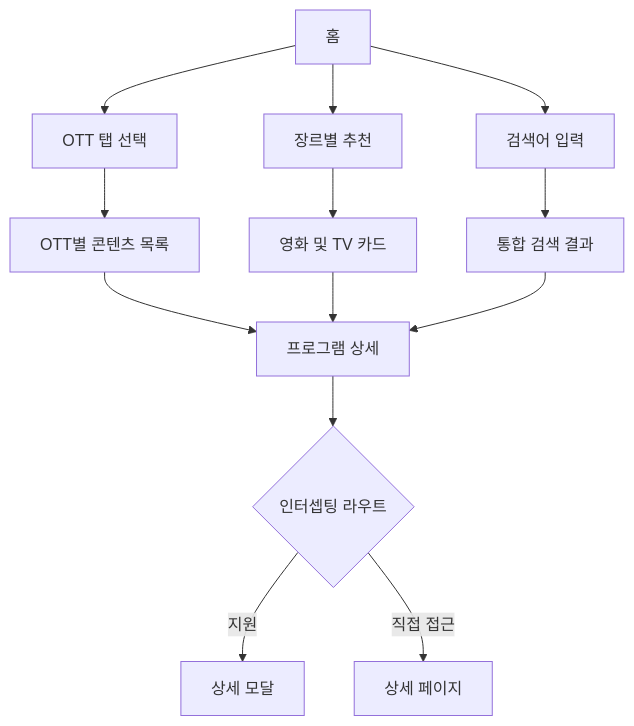
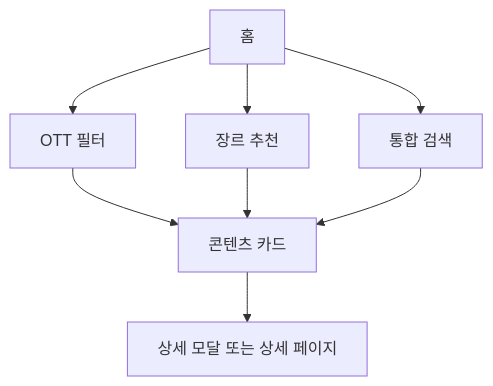
Before and after one commit to JeongUn1028/reeltrailer-next: the first of 2 diagrams in README.md, drawn with Mermaid. The commit also changed other lines of this file, not shown here.

````diff
--- a/README.md
+++ b/README.md
@@ -27,15 +34,10 @@
 ```mermaid
 flowchart TD
-		A[홈] --> B[OTT 탭 선택]
-		A --> C[장르별 추천]
-		A --> D[검색어 입력]
-		B --> E[OTT별 콘텐츠 목록]
-		C --> F[영화 및 TV 카드]
-		D --> G[통합 검색 결과]
-		E --> H[프로그램 상세]
-		F --> H
-		G --> H
-		H --> I{인터셉팅 라우트}
-		I -->|지원| J[상세 모달]
-		I -->|직접 접근| K[상세 페이지]
+	A[홈] --> B[OTT 필터]
+	A --> C[장르 추천]
+	A --> D[통합 검색]
+	B --> E[콘텐츠 카드]
+	C --> E
+	D --> E
+	E --> F[상세 모달 또는 상세 페이지]
 ```
````
